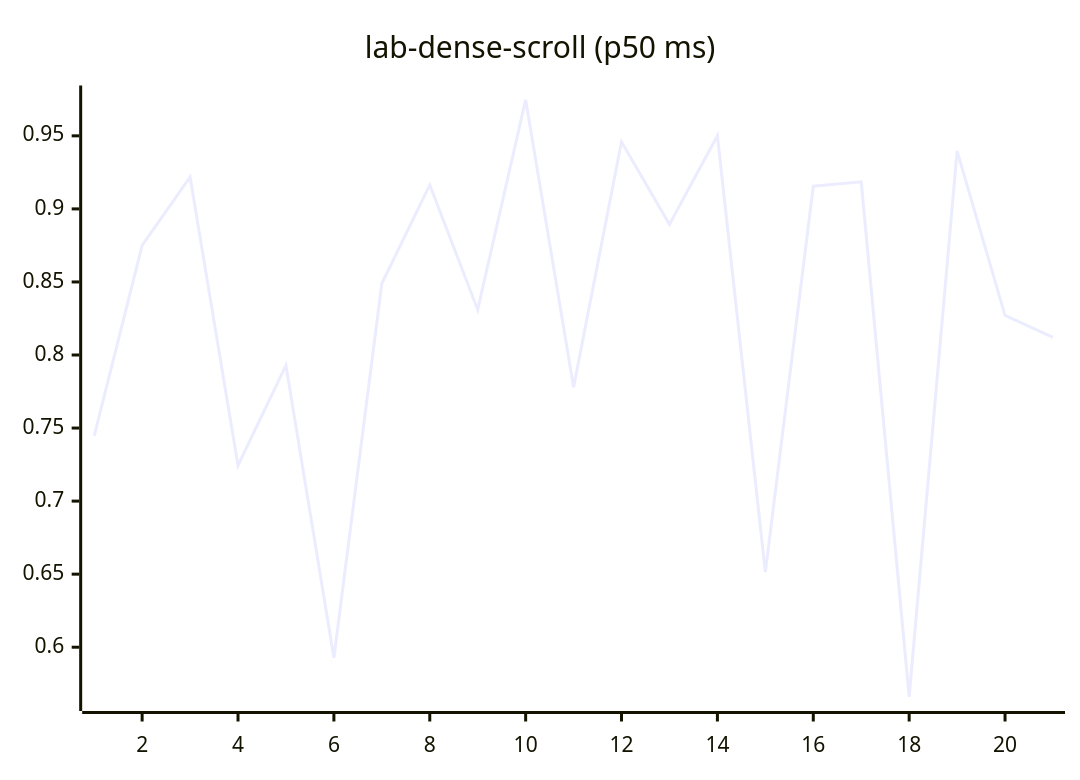
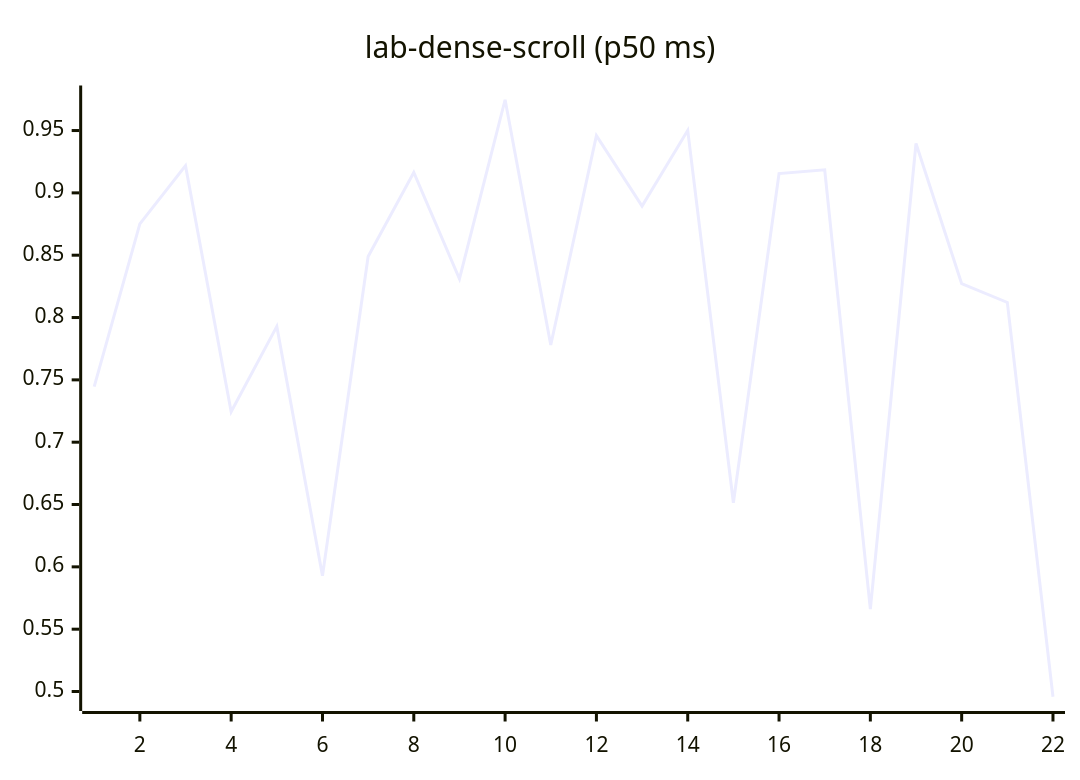
Before and after one commit to josha/Facet: diagram 12 of 27 in README.md, drawn with Mermaid. The commit also changed other lines of this file and 2 other files, not shown here.

````diff
--- a/README.md
+++ b/README.md
@@ -140,6 +140,6 @@
 ```mermaid
 xychart-beta
     title "lab-dense-scroll (p50 ms)"
-    x-axis 1 --> 21
-    line [0.7446, 0.8751, 0.9218, 0.7244, 0.7929, 0.5928, 0.8489, 0.9164, 0.8310, 0.9747, 0.7780, 0.9459, 0.8894, 0.9501, 0.6514, 0.9155, 0.9185, 0.5661, 0.9396, 0.8271, 0.8121]
+    x-axis 1 --> 22
+    line [0.7446, 0.8751, 0.9218, 0.7244, 0.7929, 0.5928, 0.8489, 0.9164, 0.8310, 0.9747, 0.7780, 0.9459, 0.8894, 0.9501, 0.6514, 0.9155, 0.9185, 0.5661, 0.9396, 0.8271, 0.8121, 0.4958]
 ```
````
